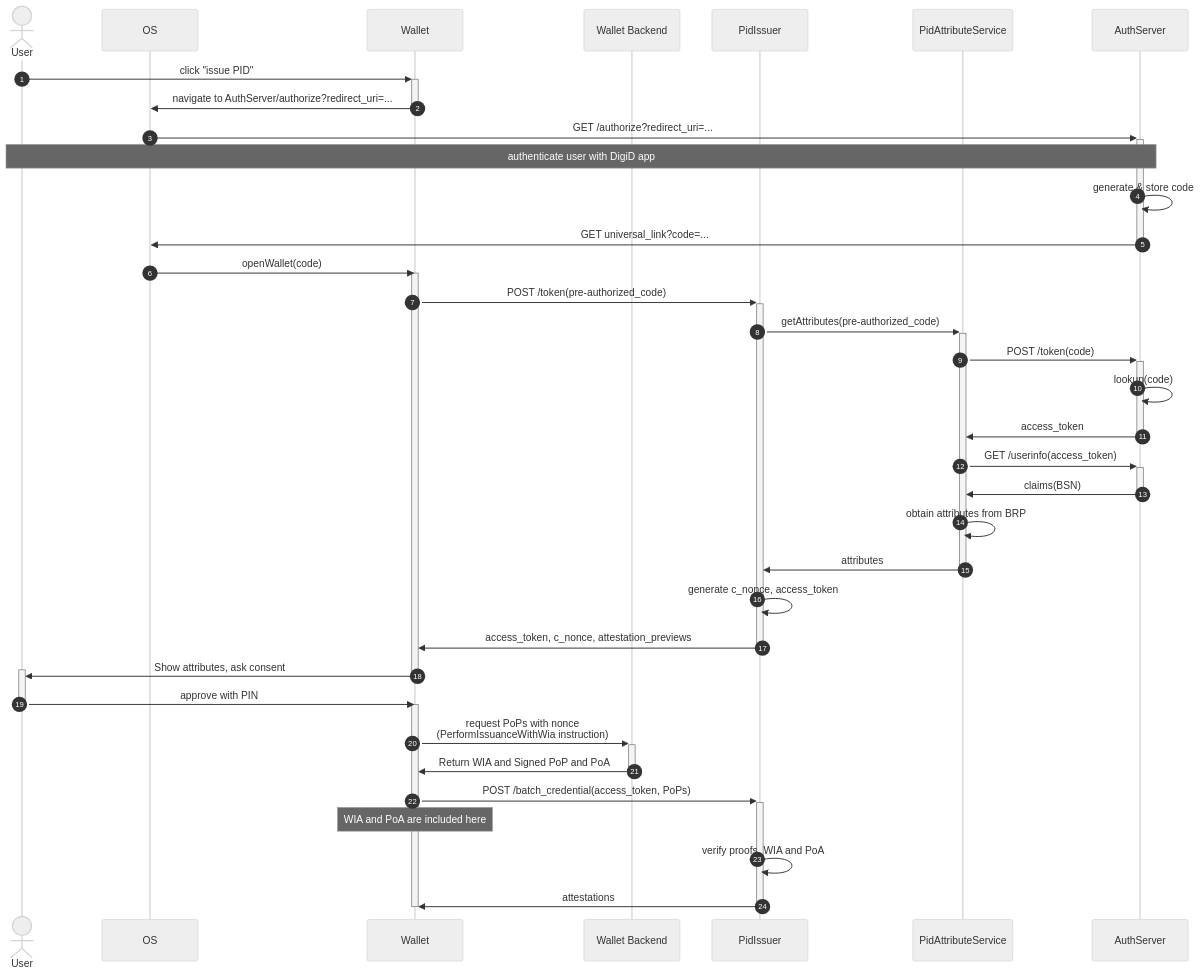
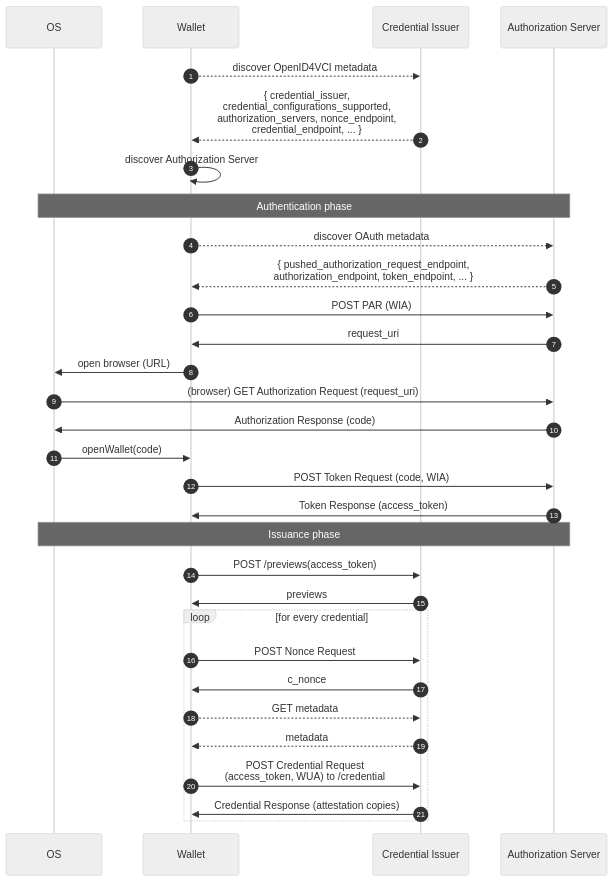
One commit to MinBZK/nl-wallet changed the second of 4 diagrams in wallet_docs/architecture/use-cases/issuance-with-openid4vci.md. Above: the diagram before and after it, drawn with Mermaid (neutral theme). The commit also changed other lines of this file and 1 other file, not shown here.

Commit message:
Describe both code flows in the issuance use case documentation and update to openid4vci 1.0

````diff
--- a/wallet_docs/architecture/use-cases/issuance-with-openid4vci.md
+++ b/wallet_docs/architecture/use-cases/issuance-with-openid4vci.md
@@ -83,43 +103,40 @@
 ```{mermaid}
 sequenceDiagram
     autonumber
 
-    actor User
     participant OS
     participant Wallet
-    participant WP as Wallet Backend
-    participant WalletServer as PidIssuer
-    participant PidAttributeService
-    participant AuthServer
+    participant CI as Credential Issuer
+    participant AS as Authorization Server
 
-    User->>+Wallet: click "issue PID"
-    Wallet->>-OS: navigate to AuthServer/authorize?redirect_uri=...
-    OS->>+AuthServer: GET /authorize?redirect_uri=...
-    note over User, AuthServer: authenticate user with DigiD app
-    AuthServer->>AuthServer: generate & store code
-    AuthServer->>-OS: GET universal_link?code=...
+    Wallet-->>CI: discover OpenID4VCI metadata
+    CI-->>Wallet: { credential_issuer,<br/>  credential_configurations_supported,<br/>  authorization_servers, nonce_endpoint,<br/>  credential_endpoint, ... }
+    Wallet->>Wallet: discover Authorization Server
+
+    Note over OS,AS: Authentication phase
+
+    Wallet-->>AS: discover OAuth metadata
+    AS-->>Wallet: { pushed_authorization_request_endpoint,<br/>  authorization_endpoint, token_endpoint, ... }
+    Wallet->>AS: POST PAR (WIA)
+    AS->>Wallet: request_uri
+    Wallet->>OS: open browser (URL)
+    OS->>AS: (browser) GET Authorization Request (request_uri)
+    AS->>OS: Authorization Response (code)
     OS->>Wallet: openWallet(code)
-    activate Wallet
-        Wallet->>+WalletServer: POST /token(pre-authorized_code)
-        WalletServer->>+PidAttributeService: getAttributes(pre-authorized_code)
-        PidAttributeService->>+AuthServer: POST /token(code)
-        AuthServer->>AuthServer: lookup(code)
-        AuthServer->>-PidAttributeService: access_token
-        PidAttributeService->>+AuthServer: GET /userinfo(access_token)
-        AuthServer->>-PidAttributeService: claims(BSN)
-        PidAttributeService->>PidAttributeService: obtain attributes from BRP
-        PidAttributeService->>-WalletServer: attributes
-        WalletServer->>WalletServer: generate c_nonce, access_token
-        WalletServer->>-Wallet: access_token, c_nonce, attestation_previews
-        Wallet->>+User: Show attributes, ask consent
-    deactivate Wallet
-    User->>-Wallet: approve with PIN
-    activate Wallet
-        Wallet ->>+ WP: request PoPs with nonce<br/>(PerformIssuanceWithWia instruction)
-        WP ->>- Wallet: Return WIA and Signed PoP and PoA
-        Wallet->>+WalletServer: POST /batch_credential(access_token, PoPs)
-        note over Wallet: WIA and PoA are included here
-        WalletServer->>WalletServer: verify proofs,  WIA and PoA
-        WalletServer->>-Wallet: attestations
-    deactivate Wallet
+    Wallet->>AS: POST Token Request (code, WIA)
+    AS->>Wallet: Token Response (access_token)
+
+    Note over OS,AS: Issuance phase
+
+    Wallet->>CI: POST /previews(access_token)
+    CI->>Wallet: previews
+
+    loop for every credential
+        Wallet->>CI: POST Nonce Request
+        CI->>Wallet: c_nonce
+        Wallet-->>CI: GET metadata
+        CI-->>Wallet: metadata
+        Wallet->>CI: POST Credential Request<br/>(access_token, WUA) to /credential
+        CI->>Wallet: Credential Response (attestation copies)
+    end
 ```
````
